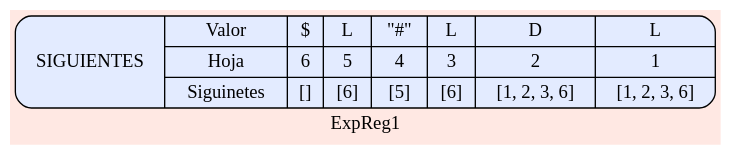
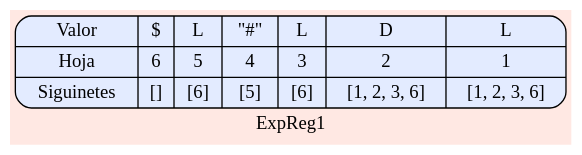
One commit to SergieArizandieta/OLC1-P1-202000119 changed the diagram in src/analizadores/arbol.dot. Above: the diagram before and after it, drawn with Graphviz. The commit also changed 2 other files, not shown here.

```diff
--- a/src/analizadores/arbol.dot
+++ b/src/analizadores/arbol.dot
@@ -1,13 +1,13 @@
 digraph structs { 
   bgcolor = "#FFE8E3"   
  node [shape=Mrecord fillcolor="#E3EBFF" style =filled];
 label ="ExpReg1"
-struct1 [label="SIGUIENTES| { Valor | Hoja| Siguinetes } | 
+struct1 [label=" { Valor | Hoja| Siguinetes } | 
 { $| 6 | []}|
 { L| 5 | [6]}|
 { \"#\"| 4 | [5]}|
 { L| 3 | [6]}|
 { D| 2 | [1, 2, 3, 6]}|
 { L| 1 | [1, 2, 3, 6]}
 "];
  }
```
